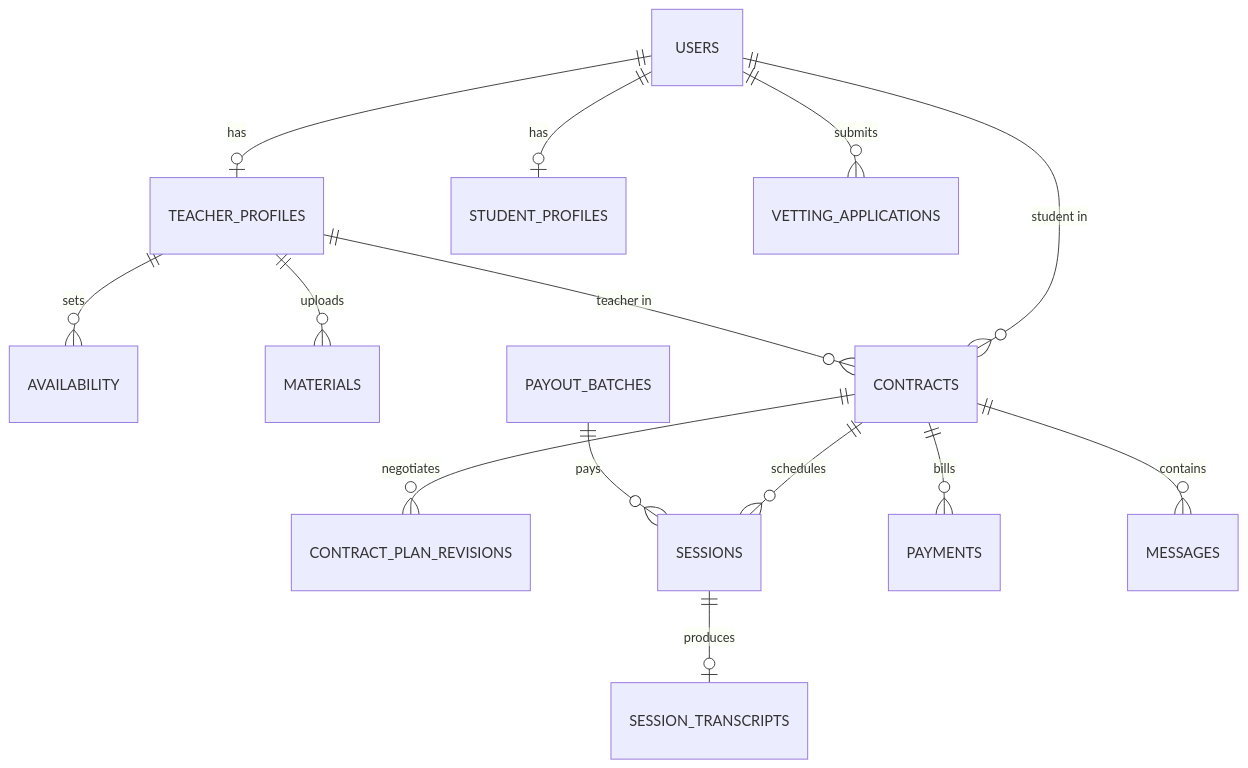
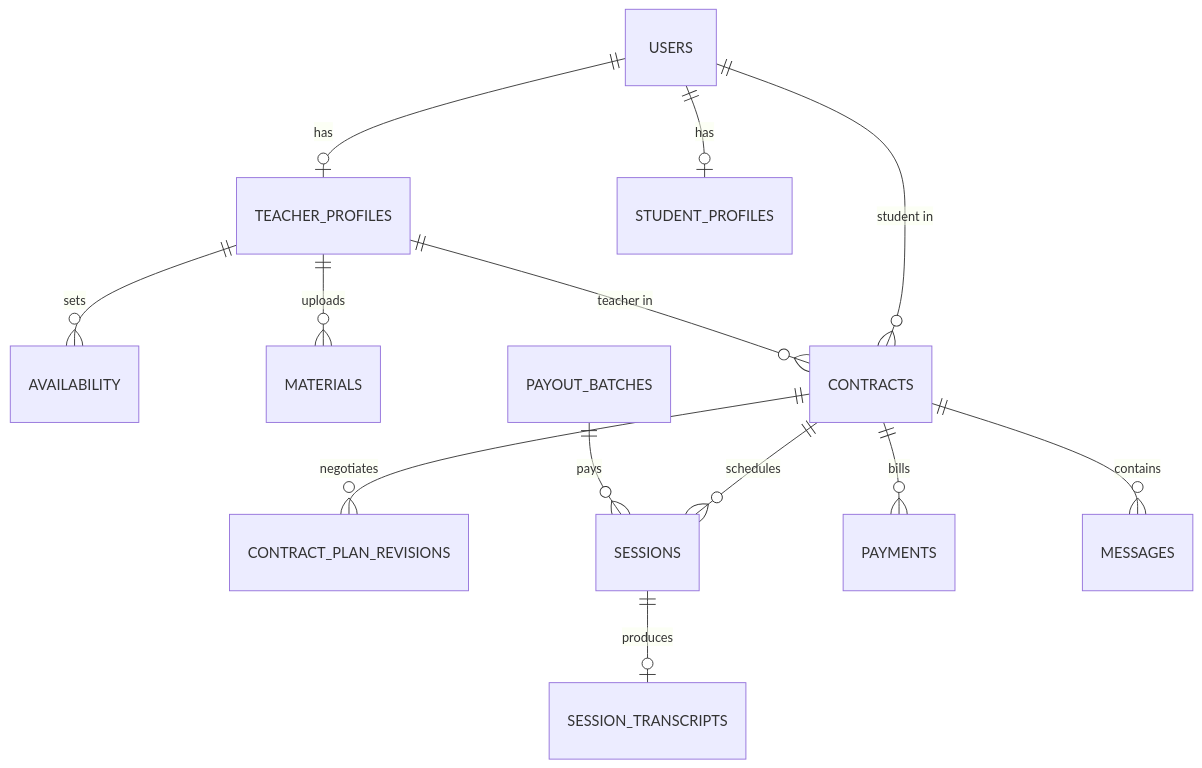
Before and after one commit to Vishnu373/nisbah-learning: the third of 3 diagrams in nisbah-learning-design-doc.md, drawn with Mermaid. The commit also changed other lines of this file, not shown here.

````diff
--- a/nisbah-learning-design-doc.md
+++ b/nisbah-learning-design-doc.md
@@ -162,16 +232,15 @@
 ```mermaid
 erDiagram
     USERS ||--o| TEACHER_PROFILES : has
     USERS ||--o| STUDENT_PROFILES : has
     TEACHER_PROFILES ||--o{ AVAILABILITY : sets
     TEACHER_PROFILES ||--o{ MATERIALS : uploads
     USERS ||--o{ CONTRACTS : "student in"
     TEACHER_PROFILES ||--o{ CONTRACTS : "teacher in"
     CONTRACTS ||--o{ CONTRACT_PLAN_REVISIONS : negotiates
     CONTRACTS ||--o{ SESSIONS : schedules
     SESSIONS ||--o| SESSION_TRANSCRIPTS : produces
     CONTRACTS ||--o{ PAYMENTS : bills
     CONTRACTS ||--o{ MESSAGES : contains
     PAYOUT_BATCHES ||--o{ SESSIONS : pays
-    USERS ||--o{ VETTING_APPLICATIONS : submits
 ```
````
